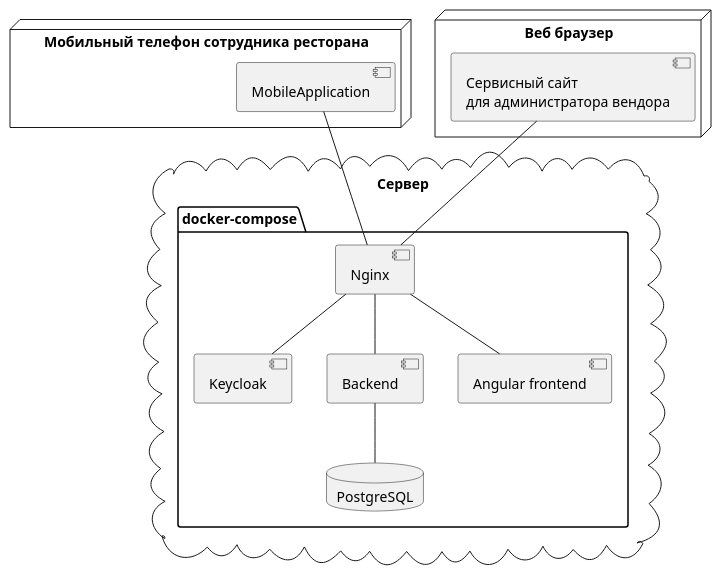
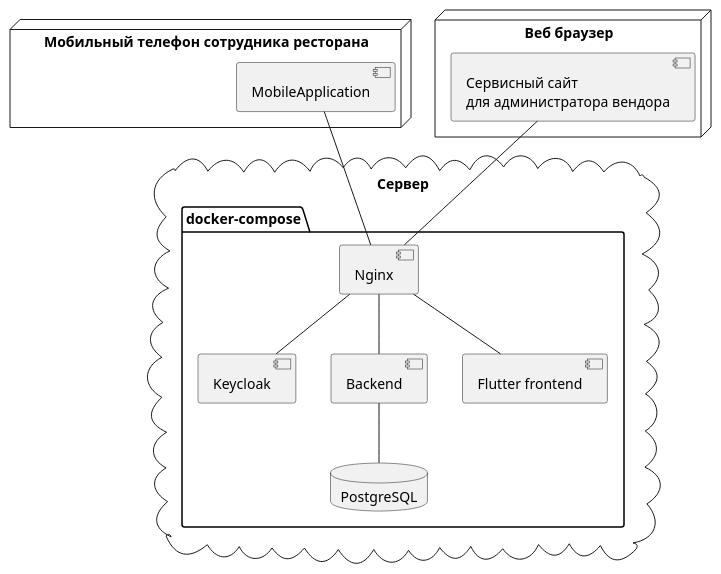
Before and after one commit to PavelPutin/restobook: the diagram in documentation/диаграммы/Диаграмма развёртывания.pu, drawn with PlantUML. The commit also changed 1 other file, not shown here.

Commit message:
fix: fix deploy diagram

```diff
--- a/documentation/диаграммы/Диаграмма развёртывания.pu
+++ b/documentation/диаграммы/Диаграмма развёртывания.pu
@@ -1,30 +1,30 @@
 @startuml Диаграмма развёртывания
 
 node "Мобильный телефон сотрудника ресторана" {
     [MobileApplication]
 }
 
 node "Веб браузер" {
     [Сервисный сайт\nдля администратора вендора]
 }
 
 cloud Сервер {
     package docker-compose {
         [Nginx]
         [Keycloak]
         [Backend]
-        [Angular frontend]
+        [Flutter frontend]
         database PostgreSQL
     }
 }
 
 [MobileApplication] -- [Nginx]
 [Сервисный сайт\nдля администратора вендора] -- [Nginx]
 
 [Nginx] -- [Keycloak]
 [Nginx] -- [Backend]
-[Nginx] -- [Angular frontend]
+[Nginx] -- [Flutter frontend]
 
 [Backend] -- [PostgreSQL]
 
 @enduml
```
